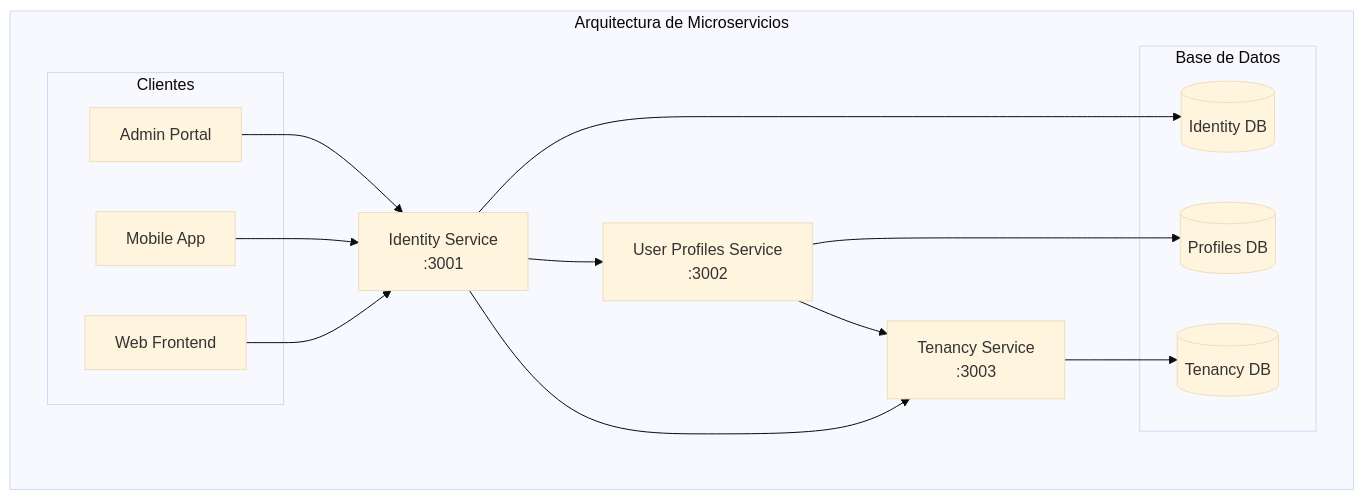
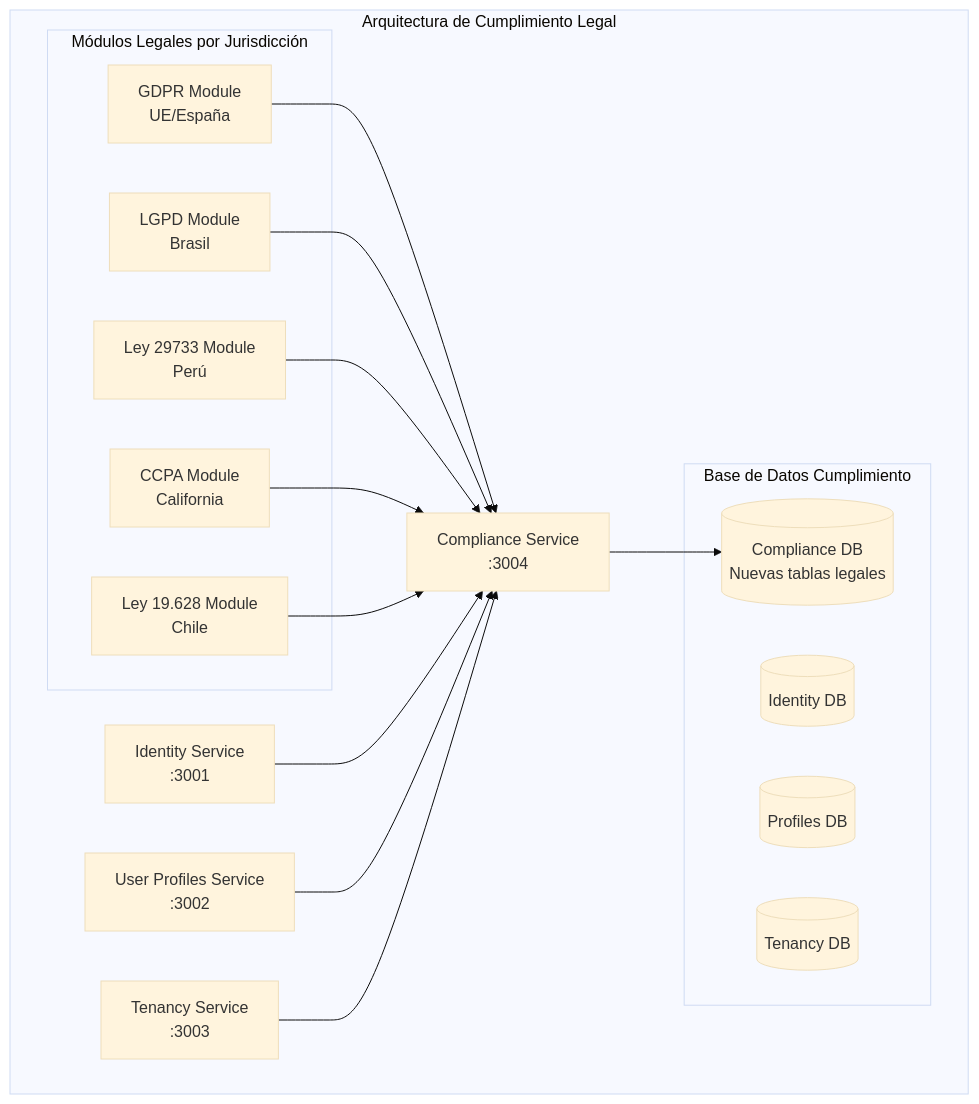
One commit to latamteks-cmyk/SmartEdify_spec changed the second of 3 diagrams in 00-Governance/database_arq.md. Above: the diagram before and after it, drawn with Mermaid (base theme). The commit also changed other lines of this file, not shown here.

````diff
--- a/00-Governance/database_arq.md
+++ b/00-Governance/database_arq.md
@@ -277,31 +365,36 @@
 ```mermaid
 graph TB
-    subgraph "Arquitectura de Microservicios"
+    subgraph "Arquitectura de Cumplimiento Legal"
         IDENTITY[Identity Service<br/>:3001]
         PROFILES[User Profiles Service<br/>:3002]
         TENANCY[Tenancy Service<br/>:3003]
+        COMPLIANCE[Compliance Service<br/>:3004]
         
-        subgraph "Base de Datos"
+        subgraph "Base de Datos Cumplimiento"
             DB1[(Identity DB)]
             DB2[(Profiles DB)]
             DB3[(Tenancy DB)]
+            DB4[(Compliance DB<br/>Nuevas tablas legales)]
         end
         
-        subgraph "Clientes"
-            WEB[Web Frontend]
-            MOBILE[Mobile App]
-            ADMIN[Admin Portal]
+        subgraph "Módulos Legales por Jurisdicción"
+            GDPR[GDPR Module<br/>UE/España]
+            LGPD[LGPD Module<br/>Brasil]
+            PERU[Ley 29733 Module<br/>Perú]
+            CCPA[CCPA Module<br/>California]
+            CHILE[Ley 19.628 Module<br/>Chile]
         end
     end
 
-    WEB --> IDENTITY
-    MOBILE --> IDENTITY
-    ADMIN --> IDENTITY
-    IDENTITY --> PROFILES
-    IDENTITY --> TENANCY
-    PROFILES --> TENANCY
+    GDPR --> COMPLIANCE
+    LGPD --> COMPLIANCE
+    PERU --> COMPLIANCE
+    CCPA --> COMPLIANCE
+    CHILE --> COMPLIANCE
     
-    IDENTITY --> DB1
-    PROFILES --> DB2
-    TENANCY --> DB3
+    IDENTITY --> COMPLIANCE
+    PROFILES --> COMPLIANCE
+    TENANCY --> COMPLIANCE
+    
+    COMPLIANCE --> DB4
 ```
````
